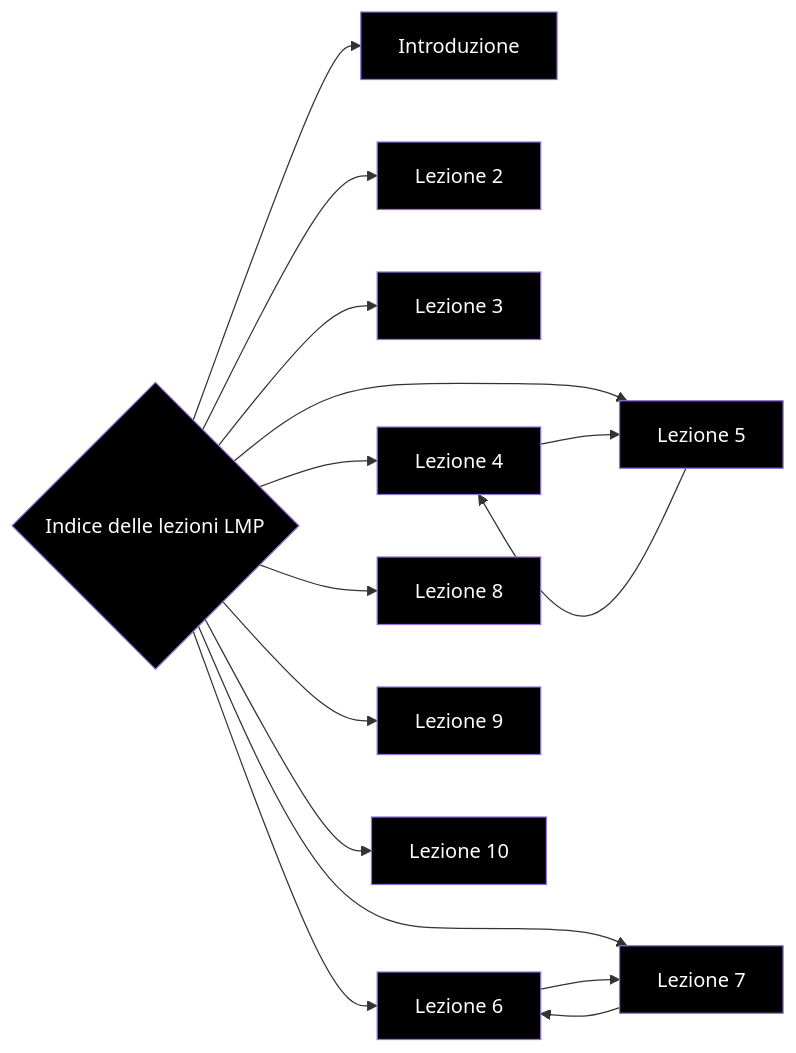
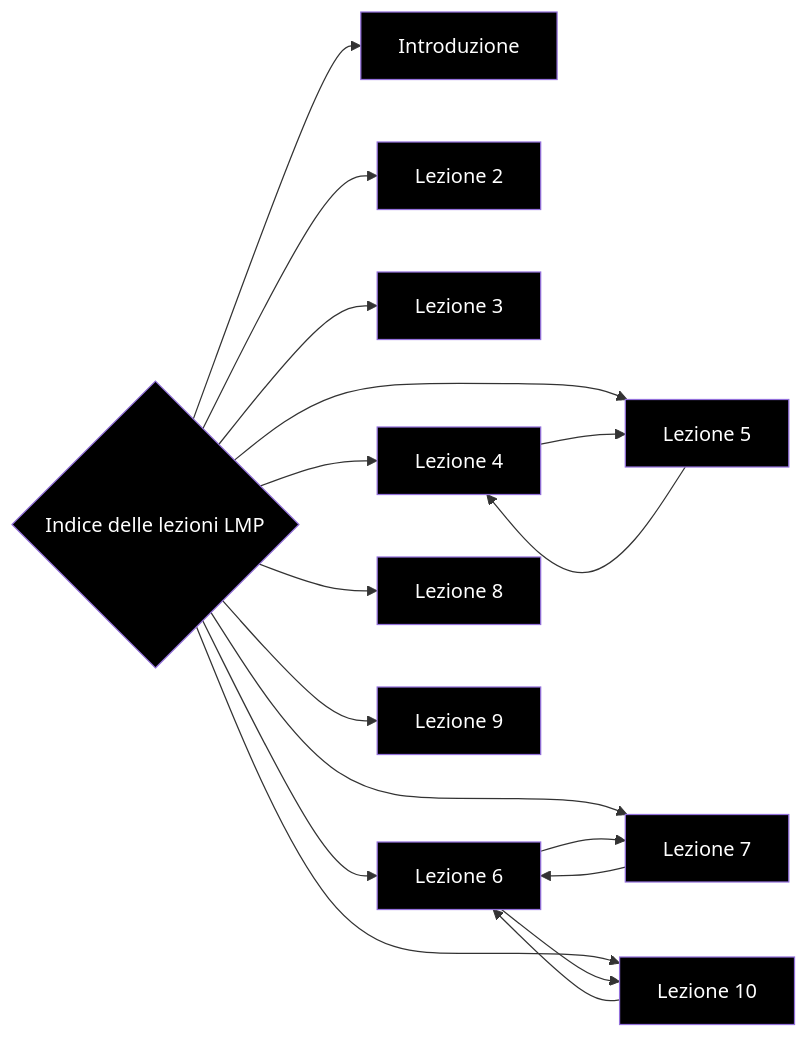
The diagram in Appunti LMP/MOD I/Indice delle lezioni LMP.md (francosalvucci14/Appunti-II-anno), drawn with Mermaid before and after one commit. The commit also changed 1 other file, not shown here.

Commit message:
vault backup: 2022-11-28 15:33:12

````diff
--- a/Appunti LMP/MOD I/Indice delle lezioni LMP.md
+++ b/Appunti LMP/MOD I/Indice delle lezioni LMP.md
@@ -18,32 +18,34 @@
 ```mermaid
 graph LR
 	A{Indice delle lezioni LMP}
 	B[Introduzione]
 	C[Lezione 2]
 	D[Lezione 3]
 	E[Lezione 4]
 	F[Lezione 5]
 	G[Lezione 6]
 	H[Lezione 7]
 	I[Lezione 8]
 	J[Lezione 9]
 	K[Lezione 10]
 
 	style A fill:black, color:#fff
 	style B fill:black, color:#fff
 	style C fill:black, color:#fff
 	style D fill:black, color:#fff
 	style E fill:black, color:#fff
 	style F fill:black, color:#fff
 	style G fill:black, color:#fff
 	style H fill:black, color:#fff
 	style I fill:black, color:#fff
 	style J fill:black, color:#fff
 	style K fill:black, color:#fff
 	
 	A-->B & C & D & E & F & G & H & I & J & K
 	E-->F
 	F-->E
 	G-->H
 	H-->G
+	K-->G
+	G-->K
 ```
````
